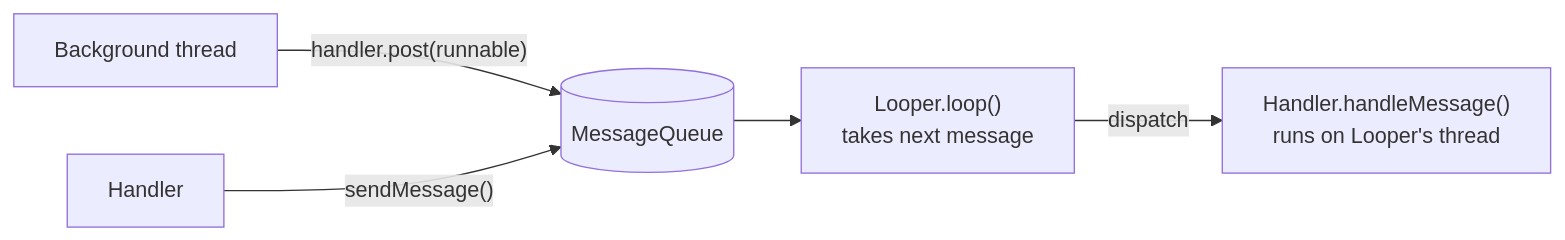
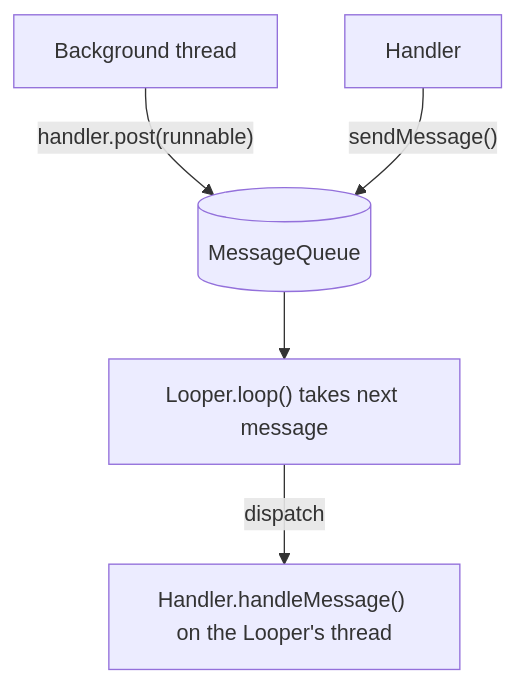
Before and after one commit to AkshayAshokCode/Android-Interview-Questions-cheat-sheet: the first of 7 diagrams in topics/17-threading-background-work.md, drawn with Mermaid. The commit also changed other lines of this file and 21 other files, not shown here.

````diff
--- a/topics/17-threading-background-work.md
+++ b/topics/17-threading-background-work.md
@@ -31,7 +73,7 @@
 ```mermaid
-flowchart LR
+flowchart TD
     BG["Background thread"] -->|"handler.post(runnable)"| MQ[("MessageQueue")]
     H["Handler"] -->|"sendMessage()"| MQ
-    MQ --> L["Looper.loop()<br/>takes next message"]
-    L -->|"dispatch"| HM["Handler.handleMessage()<br/>runs on Looper's thread"]
+    MQ --> L["Looper.loop() takes next message"]
+    L -->|"dispatch"| HM["Handler.handleMessage() on the Looper's thread"]
 ```
````
